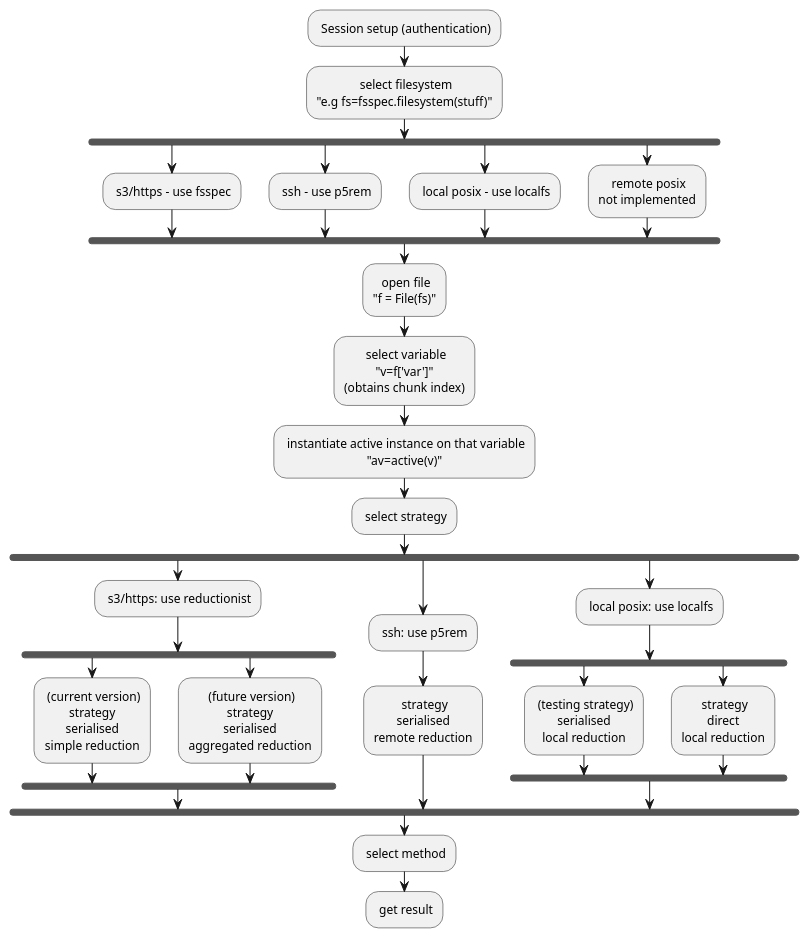
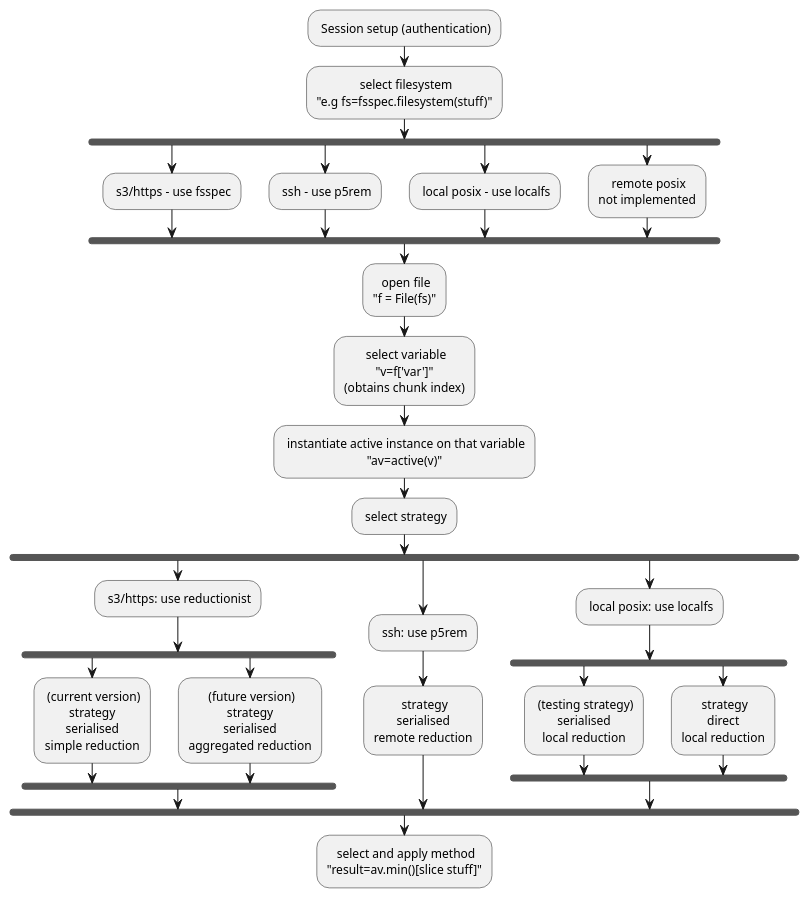
The first of 2 diagrams in docs4understanding/refactor26_v2_260428.md (NCAS-CMS/PyActiveStorage), drawn with PlantUML before and after one commit. The commit also changed other lines of this file and 1 other file, not shown here.

Commit message:
architectural thinking

````diff
--- a/docs4understanding/refactor26_v2_260428.md
+++ b/docs4understanding/refactor26_v2_260428.md
@@ -60,38 +60,38 @@
 ```plantuml
 skinparam defaulttextalignment center
 : Session setup (authentication);
 : select filesystem\n"e.g fs=fsspec.filesystem(stuff)";
 fork 
 : s3/https - use fsspec;
 fork again
 : ssh - use p5rem;
 fork again
 : local posix - use localfs;
 fork again
 : remote posix\nnot implemented;
 end fork
 : open file\n"f = File(fs)";
 : select variable\n"v=f['var']"\n(obtains chunk index);
 : instantiate active instance on that variable\n"av=active(v)";
 : select strategy;
 fork
 : s3/https: use reductionist;
 fork
 : (current version)\nstrategy\nserialised\nsimple reduction;
 fork again
 : (future version)\nstrategy\nserialised\naggregated reduction;
 end fork
 fork again
 : ssh: use p5rem;
 : strategy\nserialised\nremote reduction;
 fork again
 : local posix: use localfs;
 fork
 : (testing strategy)\nserialised\nlocal reduction;
 fork again
 : strategy\ndirect\nlocal reduction;
 end fork
 end fork
-: select method;
-: get result;
+: select and apply method\n"result=av.min()[slice stuff]";
+
 ```
````
